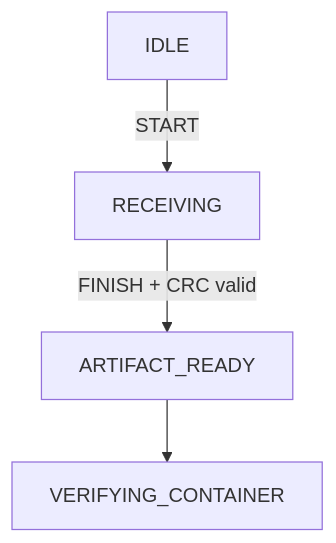
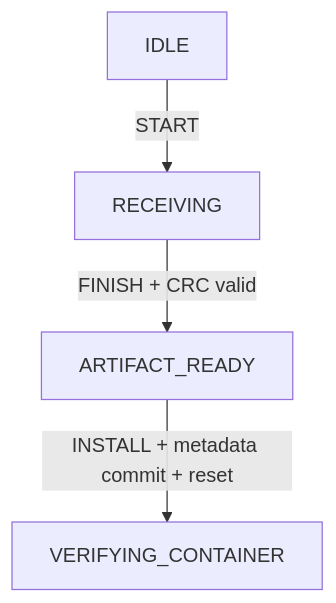
Before and after one commit to haikevins/secure-delta-ota-bootloader: the second of 4 diagrams in docs/boot-state-machine.md, drawn with Mermaid. The commit also changed other lines of this file and 16 other files, not shown here.

````diff
--- a/docs/boot-state-machine.md
+++ b/docs/boot-state-machine.md
@@ -105,6 +84,6 @@
 ```mermaid
 flowchart TB
     IDLE["IDLE"] -->|"START"| RX["RECEIVING"]
     RX -->|"FINISH + CRC valid"| READY["ARTIFACT_READY"]
-    READY --> VERIFY["VERIFYING_CONTAINER"]
+    READY -->|"INSTALL + metadata commit + reset"| VERIFY["VERIFYING_CONTAINER"]
 ```
````
